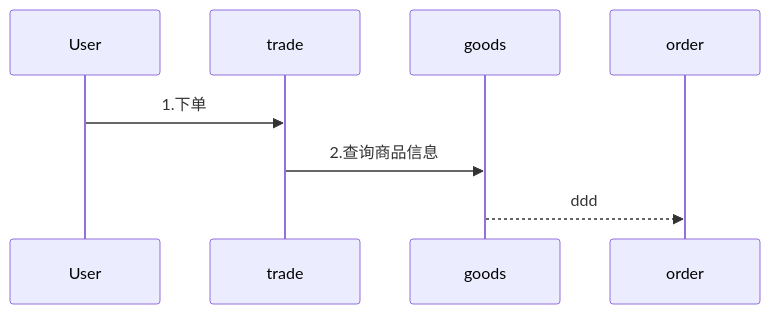
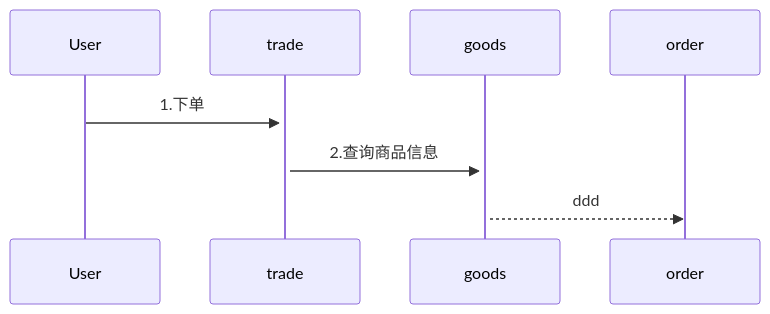
One commit to yingjianzh/iodraw-files changed the diagram in all/未命名-6.md. Above: the diagram before and after it, drawn with Mermaid.

Commit message:
2024-08-19 14:59:32 update

````diff
--- a/all/未命名-6.md
+++ b/all/未命名-6.md
@@ -1,6 +1,6 @@
 ```mermaid
 sequenceDiagram
-    User->>trade: 1.下单
-    trade->>goods: 2.查询商品信息
+    User->>+trade: 1.下单
+    trade->>+goods: 2.查询商品信息
     goods-->>order: ddd
 ```
````
